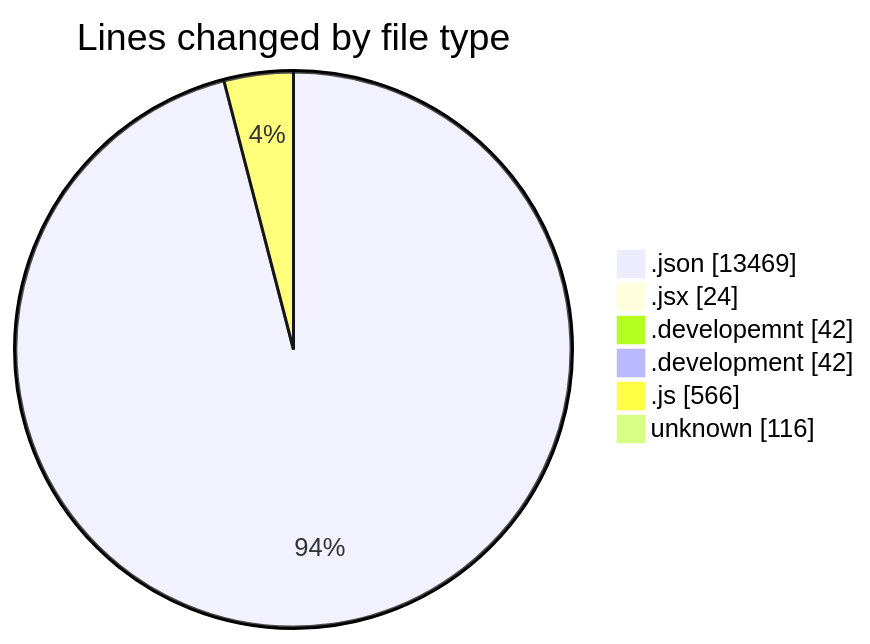
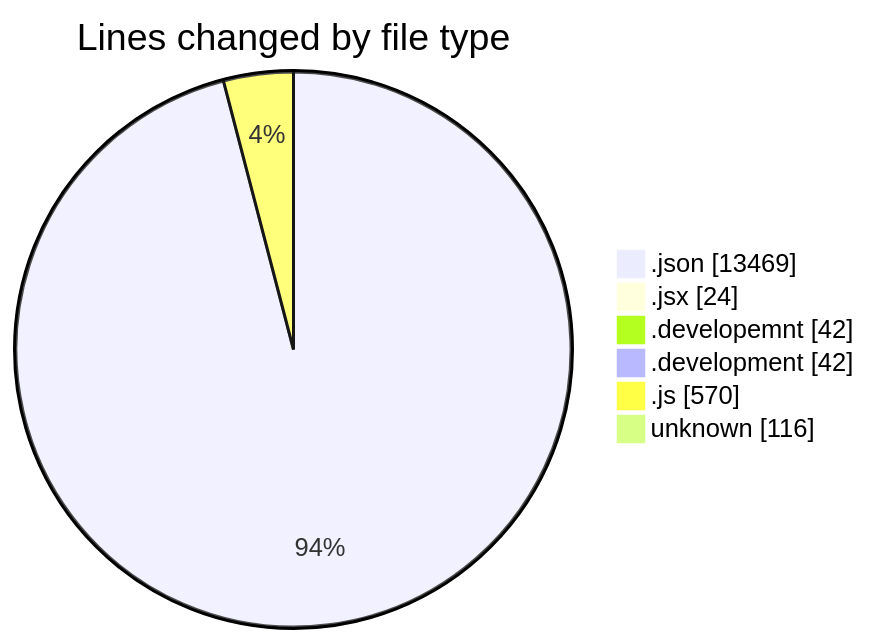
One commit to nxtqubesakshisongat/code-tracking changed the first of 2 diagrams in 2025-10-30/nxtqube_webapp/README.md. Above: the diagram before and after it, drawn with Mermaid. The commit also changed other lines of this file and 1 other file, not shown here.

````diff
--- a/2025-10-30/nxtqube_webapp/README.md
+++ b/2025-10-30/nxtqube_webapp/README.md
@@ -27,10 +27,10 @@
 ```mermaid
 pie showData
 title Lines changed by file type
 ".json" : 13469
 ".jsx" : 24
 ".developemnt" : 42
 ".development" : 42
-".js" : 566
+".js" : 570
 "unknown" : 116
 ```
````
